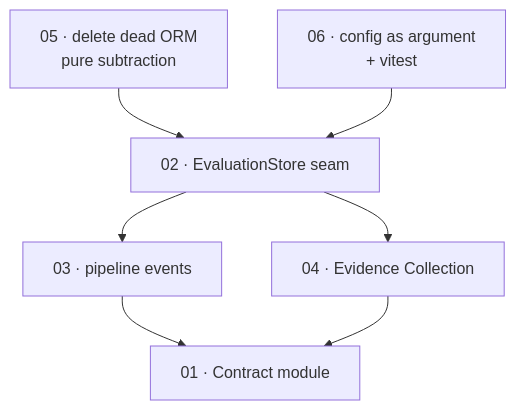
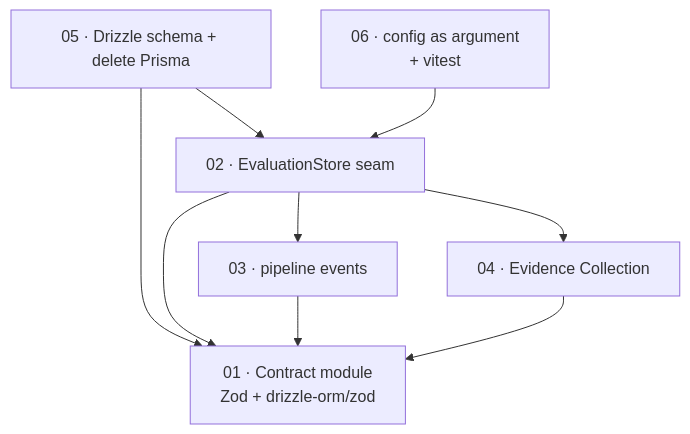
One commit to aftermerge0/scout-ai changed the ninth of 9 diagrams in docs/ARCHITECTURE_REVIEW.md. Above: the diagram before and after it, drawn with Mermaid. The commit also changed other lines of this file, not shown here.

First line of the commit message:
docs: pick Drizzle over Prisma; Zod + drizzle-orm/zod contracts

````diff
--- a/docs/ARCHITECTURE_REVIEW.md
+++ b/docs/ARCHITECTURE_REVIEW.md
@@ -549,9 +609,11 @@
 ```mermaid
 flowchart TD
-  C5["05 · delete dead ORM<br/>pure subtraction"] --> C2["02 · EvaluationStore seam"]
+  C5["05 · Drizzle schema + delete Prisma"] --> C2["02 · EvaluationStore seam"]
   C6["06 · config as argument<br/>+ vitest"] --> C2
   C2 --> C3["03 · pipeline events"]
   C2 --> C4["04 · Evidence Collection"]
-  C3 --> C1["01 · Contract module"]
+  C5 --> C1["01 · Contract module<br/>Zod + drizzle-orm/zod"]
+  C2 --> C1
+  C3 --> C1
   C4 --> C1
 ```
````
